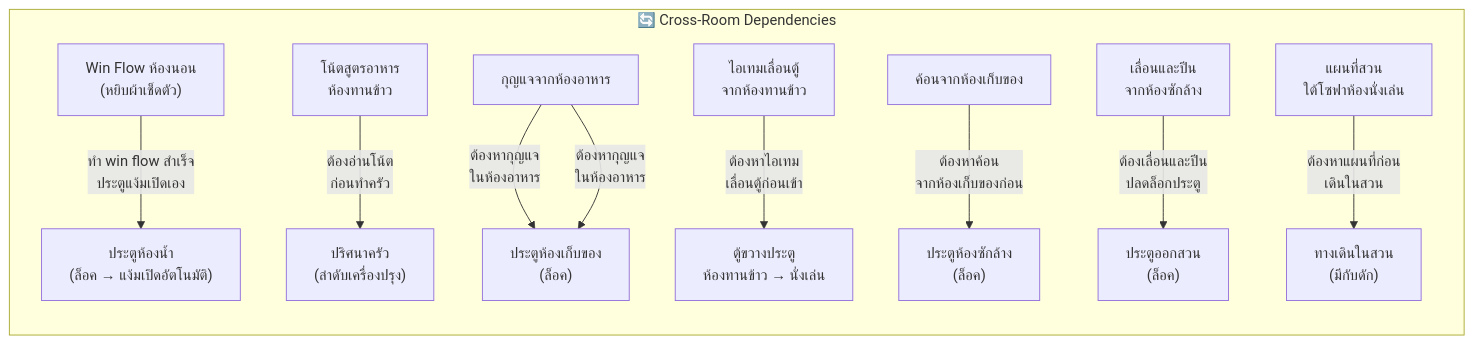
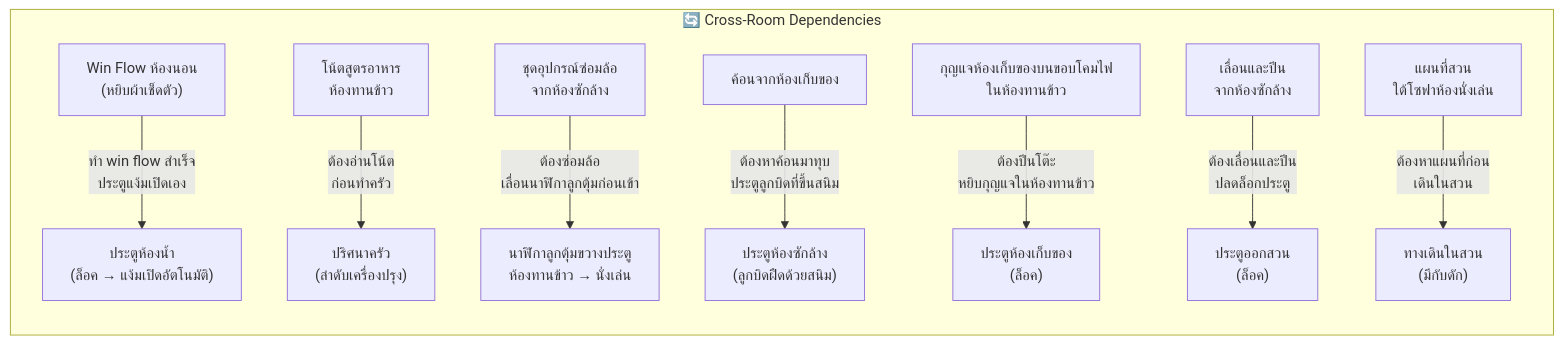
The second of 2 diagrams in map.md (witchu/horror-adventure), drawn with Mermaid before and after one commit. The commit also changed other lines of this file and 4 other files, not shown here.

````diff
--- a/map.md
+++ b/map.md
@@ -66,35 +66,32 @@
 ```mermaid
 graph LR
     subgraph "🔄 Cross-Room Dependencies"
         BED_FLOW["Win Flow ห้องนอน\n(หยิบผ้าเช็ดตัว)"]
         BATH_DOOR["ประตูห้องน้ำ\n(ล็อค → แง้มเปิดอัตโนมัติ)"]
         BED_FLOW -->|"ทำ win flow สำเร็จ\nประตูแง้มเปิดเอง"| BATH_DOOR
 
         DIN_NOTE["โน้ตสูตรอาหาร\nห้องทานข้าว"]
         KIT_PUZZLE["ปริศนาครัว\n(ลำดับเครื่องปรุง)"]
         DIN_NOTE -->|"ต้องอ่านโน้ต\nก่อนทำครัว"| KIT_PUZZLE
 
-        DIN_HKEY["กุญแจจากห้องอาหาร"]
-        DIN_HKEY -->|"ต้องหากุญแจ\nในห้องอาหาร"| STO_DOOR
+        DIN_CABINET["นาฬิกาลูกตุ้มขวางประตู\nห้องทานข้าว → นั่งเล่น"]
+        LAU_ITEM["ชุดอุปกรณ์ซ่อมล้อ\nจากห้องซักล้าง"]
+        LAU_ITEM -->|"ต้องซ่อมล้อ\nเลื่อนนาฬิกาลูกตุ้มก่อนเข้า"| DIN_CABINET
 
-        DIN_CABINET["ตู้ขวางประตู\nห้องทานข้าว → นั่งเล่น"]
-        DIN_ITEM["ไอเทมเลื่อนตู้\nจากห้องทานข้าว"]
-        DIN_ITEM -->|"ต้องหาไอเทม\nเลื่อนตู้ก่อนเข้า"| DIN_CABINET
-
-        LAU_DOOR["ประตูห้องซักล้าง\n(ล็อค)"]
+        LAU_DOOR["ประตูห้องซักล้าง\n(ลูกบิดฝืดด้วยสนิม)"]
         STO_HAMMER["ค้อนจากห้องเก็บของ"]
-        STO_HAMMER -->|"ต้องหาค้อน\nจากห้องเก็บของก่อน"| LAU_DOOR
+        STO_HAMMER -->|"ต้องหาค้อนมาทุบ\nประตูลูกบิดที่ขึ้นสนิม"| LAU_DOOR
 
         STO_DOOR["ประตูห้องเก็บของ\n(ล็อค)"]
-        DIN_HKEY["กุญแจจากห้องอาหาร"]
-        DIN_HKEY -->|"ต้องหากุญแจ\nในห้องอาหาร"| STO_DOOR
+        DIN_KEY["กุญแจห้องเก็บของบนขอบโคมไฟ\nในห้องทานข้าว"]
+        DIN_KEY -->|"ต้องปีนโต๊ะ\nหยิบกุญแจในห้องทานข้าว"| STO_DOOR
 
         GAR_DOOR["ประตูออกสวน\n(ล็อค)"]
         LAU_CLIMB["เลื่อนและปีน\nจากห้องซักล้าง"]
         LAU_CLIMB -->|"ต้องเลื่อนและปีน\nปลดล็อกประตู"| GAR_DOOR
 
         GAR_PATH["ทางเดินในสวน\n(มีกับดัก)"]
         LIV_MAP["แผนที่สวน\nใต้โซฟาห้องนั่งเล่น"]
         LIV_MAP -->|"ต้องหาแผนที่ก่อน\nเดินในสวน"| GAR_PATH
     end
 ```
````
